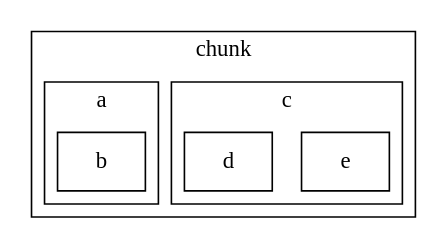
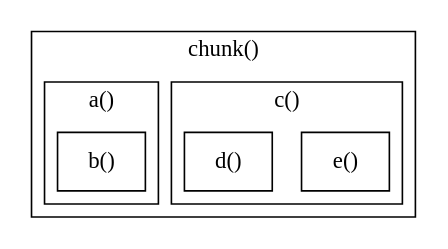
One commit to DreamAndDead/lua-5.1-source-guide changed the second of 16 diagrams in book/generator.org. Above: the diagram before and after it, drawn with Graphviz. The commit also changed other lines of this file and 33 other files, not shown here.

```diff
--- a/book/generator.org
+++ b/book/generator.org
@@ -90,21 +90,22 @@
 #+begin_src dot :file generator-function-level.png
 digraph {
 	node[shape=box];
 	
 	subgraph cluster_0 {
-		label="chunk";
+		label="chunk()";
 
 		subgraph cluster_2 {
-			label="c";
+			label="c()";
 
-			e;d;
+			e[label="e()"];
+			d[label="d()"];
 		}
 
 		subgraph cluster_1 {
-			label="a";
+			label="a()";
 
-			b;
+			b[label="b()"];
 		}
 	}
 }
 #+end_src
```
